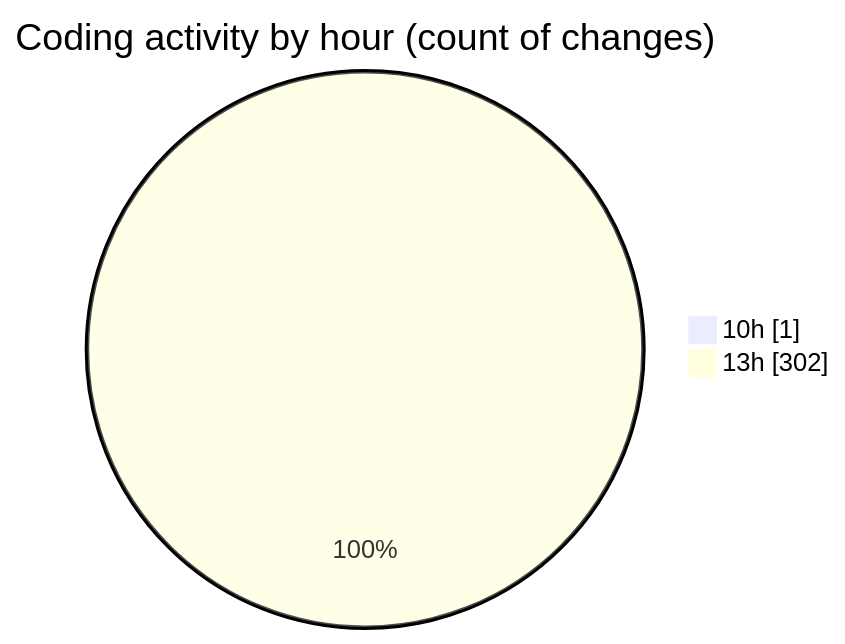
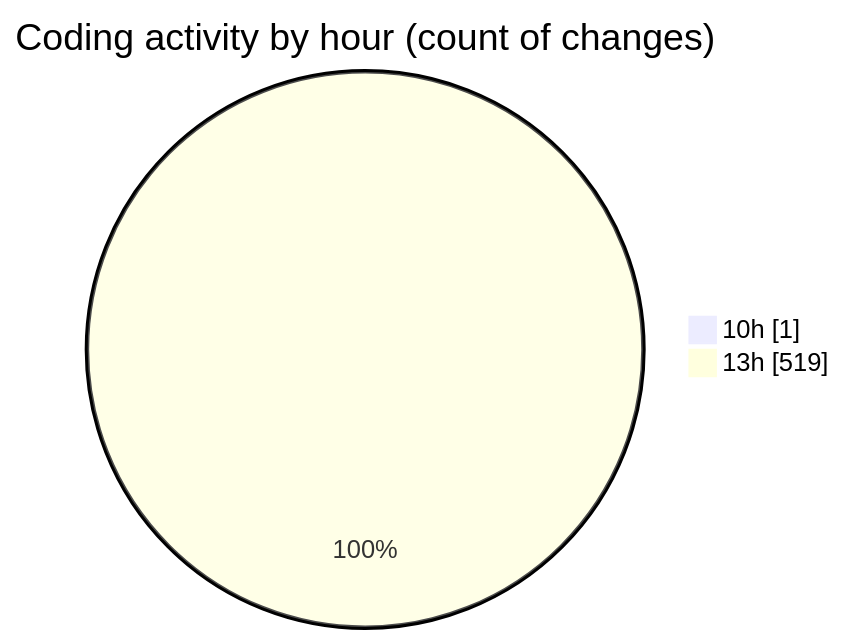
Before and after one commit to nxtqubesakshisongat/code-tracking: the second of 2 diagrams in 2025-05-28/nxtqube_webapp/README.md, drawn with Mermaid. The commit also changed other lines of this file and 1 other file, not shown here.

````diff
--- a/2025-05-28/nxtqube_webapp/README.md
+++ b/2025-05-28/nxtqube_webapp/README.md
@@ -30,6 +30,6 @@
 ```mermaid
 pie showData
 title Coding activity by hour (count of changes)
 "10h" : 1
-"13h" : 302
+"13h" : 519
 ```
````
